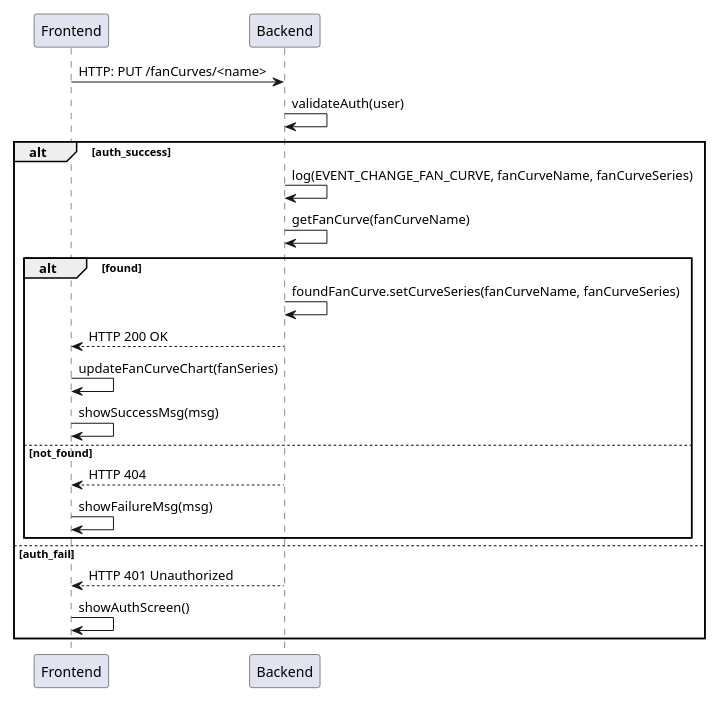
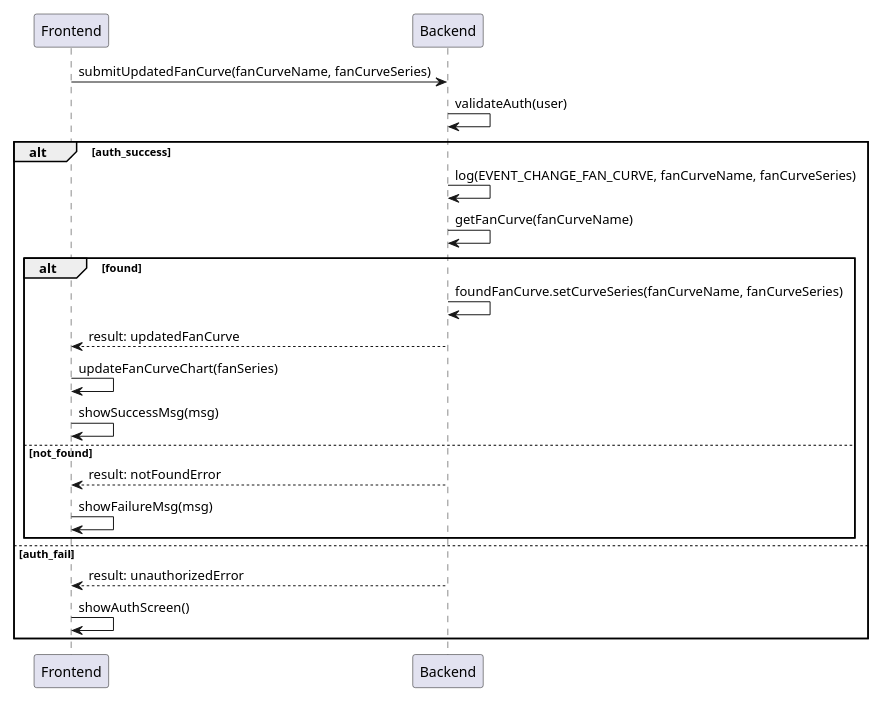
One commit to therealthingy/rpi-pwm changed the third of 6 diagrams in docs/wsi/homework/doc/presentation.adoc. Above: the diagram before and after it, drawn with PlantUML. The commit also changed other lines of this file, not shown here.

```diff
--- a/docs/wsi/homework/doc/presentation.adoc
+++ b/docs/wsi/homework/doc/presentation.adoc
@@ -89,27 +97,27 @@
 [plantuml, generated-diagrams/diagram-rpifc_seq_change_fan_curve, png]
 -----
 @startuml
 scale 530 height
-Frontend -> Backend: HTTP: PUT /fanCurves/<name>
+Frontend -> Backend: submitUpdatedFanCurve(fanCurveName, fanCurveSeries)
 
 Backend -> Backend: validateAuth(user)
 alt auth_success
   Backend -> Backend: log(EVENT_CHANGE_FAN_CURVE, fanCurveName, fanCurveSeries)
   Backend -> Backend: getFanCurve(fanCurveName)
   alt found
     Backend -> Backend: foundFanCurve.setCurveSeries(fanCurveName, fanCurveSeries)
 
-    Frontend <-- Backend: HTTP 200 OK
+    Frontend <-- Backend: result: updatedFanCurve
 
     Frontend -> Frontend: updateFanCurveChart(fanSeries)
     Frontend -> Frontend: showSuccessMsg(msg)
   else not_found
-    Frontend <-- Backend: HTTP 404
+    Frontend <-- Backend: result: notFoundError
     Frontend -> Frontend: showFailureMsg(msg)
   end
 else auth_fail
-  Frontend <-- Backend: HTTP 401 Unauthorized
+  Frontend <-- Backend: result: unauthorizedError
   Frontend -> Frontend: showAuthScreen()
 end
 @enduml
 -----
```
